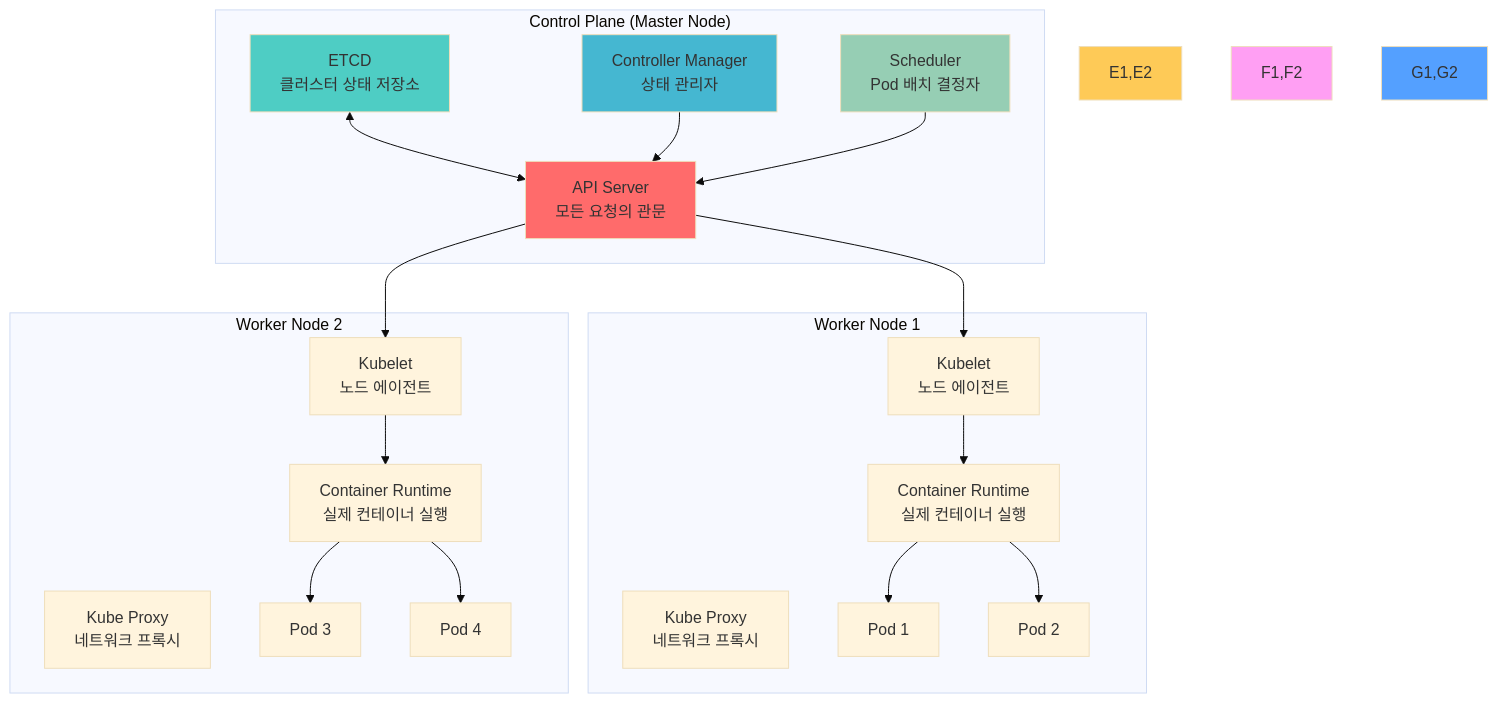
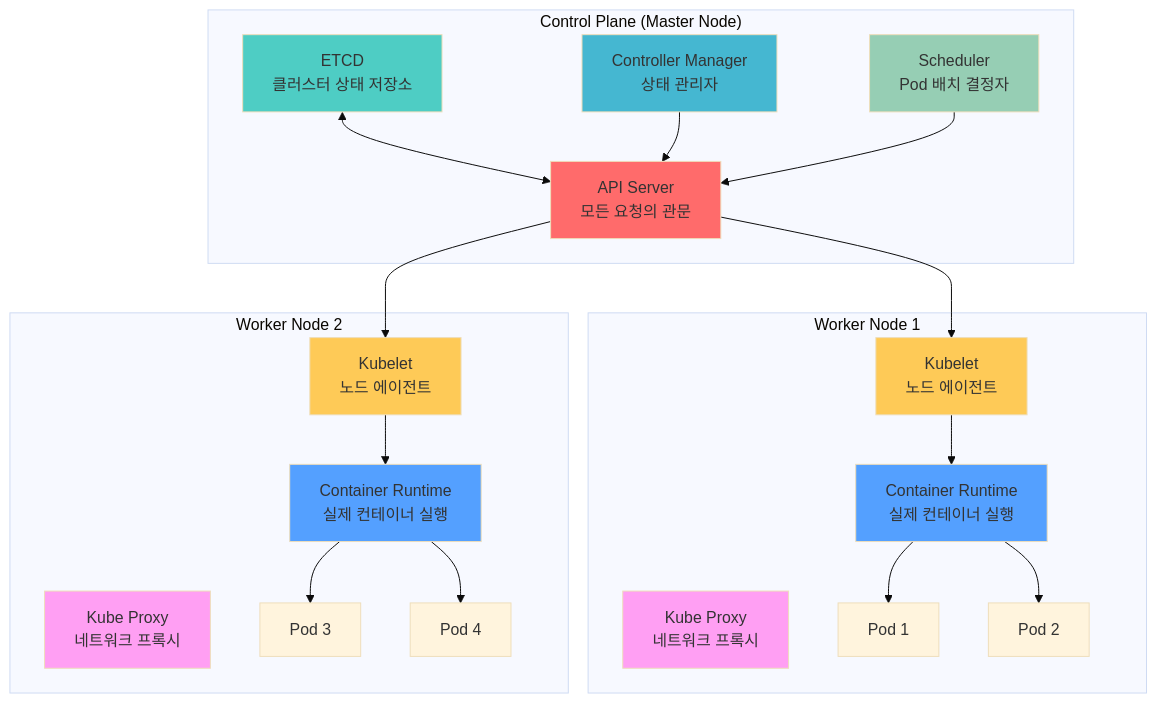
Before and after one commit to niceguy61/kdt_devops_lecture_2025: the first of 3 diagrams in theory/week_03/day1/session1_k8s_architecture.md, drawn with Mermaid (base theme).

````diff
--- a/theory/week_03/day1/session1_k8s_architecture.md
+++ b/theory/week_03/day1/session1_k8s_architecture.md
@@ -34,47 +34,50 @@
 ```mermaid
 graph TB
     subgraph "Control Plane (Master Node)"
         A[API Server<br/>모든 요청의 관문]
         B[ETCD<br/>클러스터 상태 저장소]
         C[Controller Manager<br/>상태 관리자]
         D[Scheduler<br/>Pod 배치 결정자]
     end
     
     subgraph "Worker Node 1"
         E1[Kubelet<br/>노드 에이전트]
         F1[Kube Proxy<br/>네트워크 프록시]
         G1[Container Runtime<br/>실제 컨테이너 실행]
         H1[Pod 1]
         I1[Pod 2]
     end
     
     subgraph "Worker Node 2"
         E2[Kubelet<br/>노드 에이전트]
         F2[Kube Proxy<br/>네트워크 프록시]
         G2[Container Runtime<br/>실제 컨테이너 실행]
         H2[Pod 3]
         I2[Pod 4]
     end
     
     A --> E1
     A --> E2
     B <--> A
     C --> A
     D --> A
     
     E1 --> G1
     G1 --> H1
     G1 --> I1
     
     E2 --> G2
     G2 --> H2
     G2 --> I2
     
     style A fill:#ff6b6b
     style B fill:#4ecdc4
     style C fill:#45b7d1
     style D fill:#96ceb4
-    style E1,E2 fill:#feca57
-    style F1,F2 fill:#ff9ff3
-    style G1,G2 fill:#54a0ff
+    style E1 fill:#feca57
+    style E2 fill:#feca57
+    style F1 fill:#ff9ff3
+    style F2 fill:#ff9ff3
+    style G1 fill:#54a0ff
+    style G2 fill:#54a0ff
 ```
````
